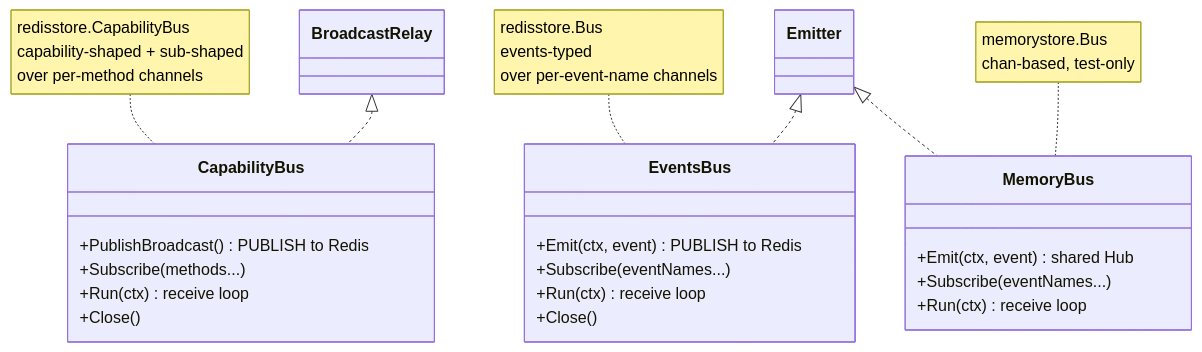
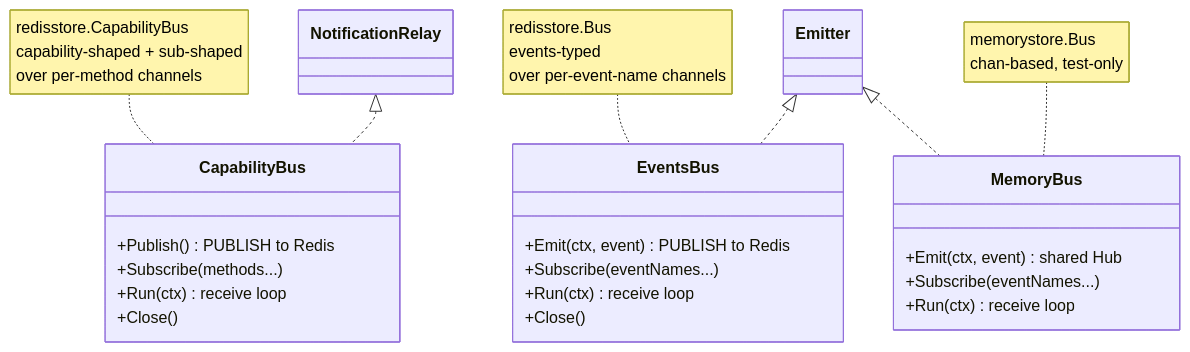
The third of 22 diagrams in docs/MULTI_REPLICA.md (panyam/mcpkit), drawn with Mermaid before and after one commit. The commit also changed other lines of this file and 15 other files, not shown here.

First line of the commit message:
relay: rename BroadcastRelay → NotificationRelay + family (issue 770 PR A)

````diff
--- a/docs/MULTI_REPLICA.md
+++ b/docs/MULTI_REPLICA.md
@@ -128,26 +128,26 @@
 ```mermaid
 classDiagram
     class CapabilityBus {
-        +PublishBroadcast() PUBLISH to Redis
+        +Publish() PUBLISH to Redis
         +Subscribe(methods...)
         +Run(ctx) receive loop
         +Close()
     }
     class EventsBus {
         +Emit(ctx, event) PUBLISH to Redis
         +Subscribe(eventNames...)
         +Run(ctx) receive loop
         +Close()
     }
     class MemoryBus {
         +Emit(ctx, event) shared Hub
         +Subscribe(eventNames...)
         +Run(ctx) receive loop
     }
-    BroadcastRelay <|.. CapabilityBus
+    NotificationRelay <|.. CapabilityBus
     Emitter <|.. EventsBus
     Emitter <|.. MemoryBus
     note for CapabilityBus "redisstore.CapabilityBus<br/>capability-shaped + sub-shaped<br/>over per-method channels"
     note for EventsBus "redisstore.Bus<br/>events-typed<br/>over per-event-name channels"
     note for MemoryBus "memorystore.Bus<br/>chan-based, test-only"
 ```
````
